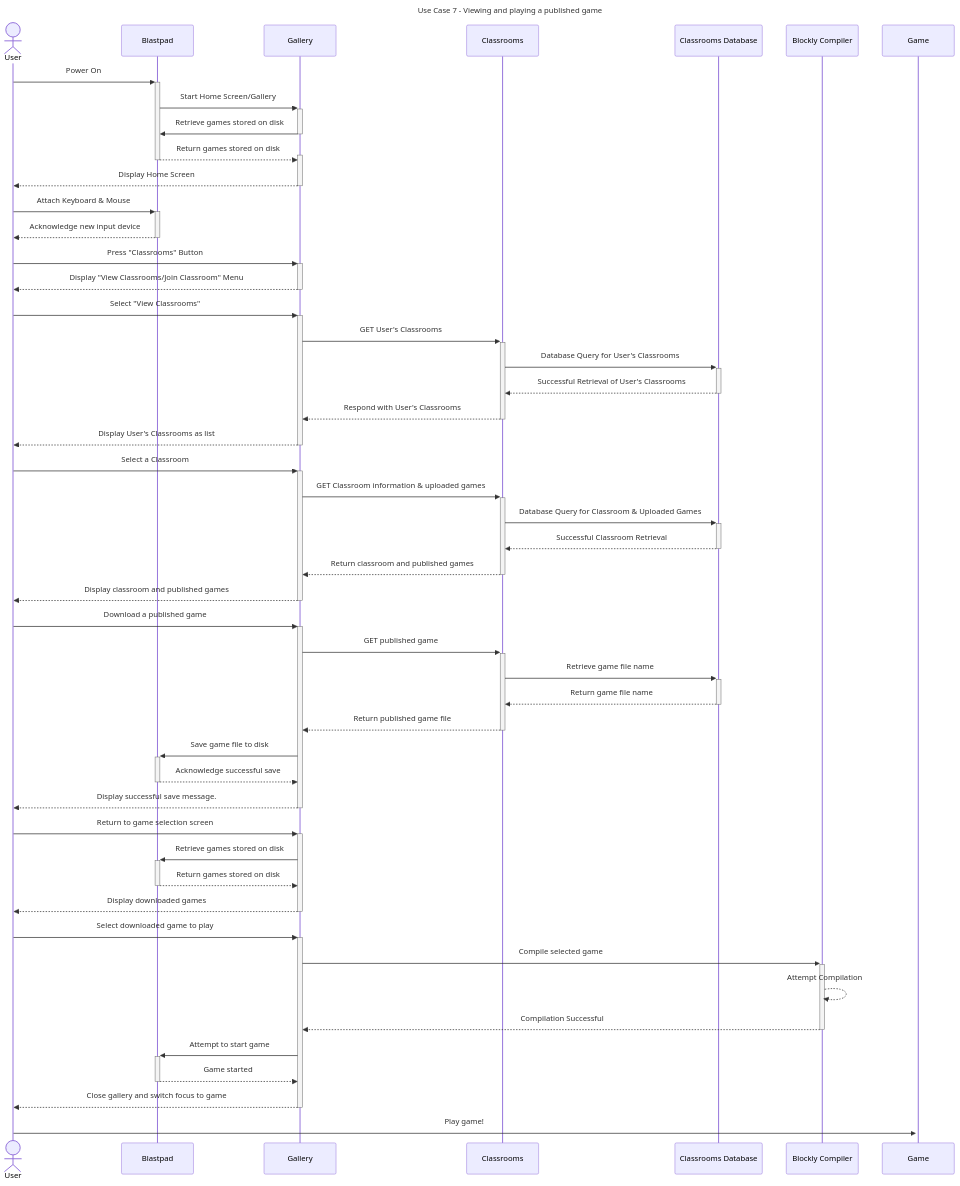
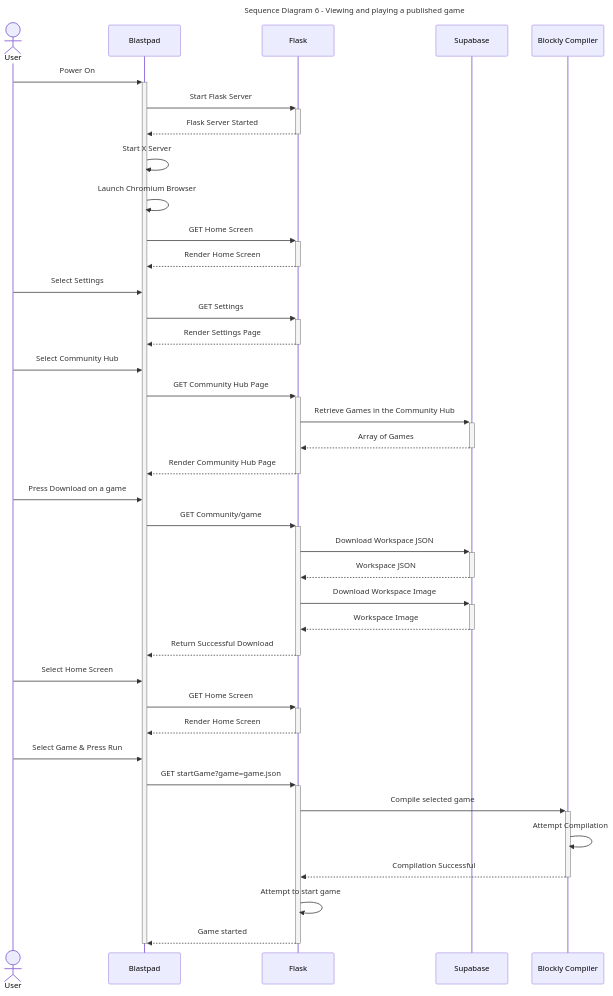
One commit to Capstone-Projects-2024-Spring/project-blastpad changed the eighth of 11 diagrams in documentation/docs/requirements/use-case-descriptions.md. Above: the diagram before and after it, drawn with Mermaid. The commit also changed other lines of this file and 3 other files, not shown here.

Commit message:
Use Case Seq Diagrams

````diff
--- a/documentation/docs/requirements/use-case-descriptions.md
+++ b/documentation/docs/requirements/use-case-descriptions.md
@@ -257,58 +319,54 @@
 ```mermaid
 ---
-title: "Use Case 7 - Viewing and playing a published game"
+title: "Sequence Diagram 6 - Viewing and playing a published game"
 ---
-
 sequenceDiagram
 actor User
 User->>+Blastpad: Power On
-Blastpad->>+Gallery: Start Home Screen/Gallery
-Gallery->>-Blastpad: Retrieve games stored on disk
-Blastpad-->>+Gallery: Return games stored on disk
-deactivate Blastpad	
-Gallery-->>-User: Display Home Screen
-
-User->>+Blastpad: Attach Keyboard & Mouse
-Blastpad-->>-User: Acknowledge new input device
-
-User->>+Gallery: Press "Classrooms" Button
-Gallery-->>-User: Display "View Classrooms/Join Classroom" Menu
-User->>+Gallery: Select "View Classrooms"
-Gallery->>+Classrooms: GET User's Classrooms
-Classrooms->>+Classrooms Database: Database Query for User's Classrooms
-Classrooms Database-->>-Classrooms: Successful Retrieval of User's Classrooms
-Classrooms-->>-Gallery: Respond with User's Classrooms
-Gallery-->>-User: Display User's Classrooms as list
-
-User->>+Gallery: Select a Classroom
-Gallery->>+Classrooms: GET Classroom information & uploaded games
-Classrooms->>+Classrooms Database: Database Query for Classroom & Uploaded Games
-Classrooms Database-->>-Classrooms: Successful Classroom Retrieval
-Classrooms-->>-Gallery: Return classroom and published games
-Gallery-->>-User: Display classroom and published games
-
-User->>+Gallery: Download a published game
-Gallery->>+Classrooms: GET published game
-Classrooms->>+Classrooms Database: Retrieve game file name
-Classrooms Database-->>-Classrooms: Return game file name
-Classrooms-->>-Gallery: Return published game file
-Gallery->>+Blastpad: Save game file to disk
-Blastpad-->>-Gallery: Acknowledge successful save
-Gallery-->>-User: Display successful save message.
+Blastpad->>+Flask: Start Flask Server
+Flask-->>-Blastpad: Flask Server Started
+Blastpad->>Blastpad: Start X Server
+Blastpad->>Blastpad: Launch Chromium Browser
 
 
-User->>+Gallery: Return to game selection screen
-Gallery->>+Blastpad: Retrieve games stored on disk
-Blastpad-->>-Gallery: Return games stored on disk
-Gallery-->>-User: Display downloaded games
+Blastpad->>+Flask: GET Home Screen
+Flask-->>-Blastpad: Render Home Screen
 
-User->>+Gallery: Select downloaded game to play
-Gallery->>+Blockly Compiler: Compile selected game
-Blockly Compiler-->>Blockly Compiler: Attempt Compilation
-Blockly Compiler-->>-Gallery: Compilation Successful
-Gallery->>+Blastpad: Attempt to start game
-Blastpad-->>-Gallery: Game started
-Gallery-->>-User: Close gallery and switch focus to game
-User->>+Game: Play game!
+User->>Blastpad: Select Settings
+Blastpad->>+Flask: GET Settings
+Flask-->>-Blastpad: Render Settings Page
+
+User->>Blastpad: Select Community Hub
+Blastpad->>+Flask: GET Community Hub Page
+Flask->>+Supabase: Retrieve Games in the Community Hub
+Supabase-->>-Flask: Array of Games
+Flask-->>-Blastpad: Render Community Hub Page
+
+
+User->>Blastpad: Press Download on a game
+Blastpad->>+Flask: GET Community/game
+Flask->>+Supabase: Download Workspace JSON
+Supabase-->>-Flask: Workspace JSON
+Flask->>+Supabase: Download Workspace Image
+Supabase-->>-Flask: Workspace Image
+Flask-->>-Blastpad: Return Successful Download
+
+
+User->>Blastpad: Select Home Screen
+Blastpad->>+Flask: GET Home Screen
+Flask-->>-Blastpad: Render Home Screen
+
+
+User->>Blastpad: Select Game & Press Run
+Blastpad->>+Flask: GET startGame?game=game.json
+Flask->>+Blockly Compiler: Compile selected game
+Blockly Compiler->>Blockly Compiler: Attempt Compilation
+Blockly Compiler-->>-Flask: Compilation Successful
+Flask->>Flask: Attempt to start game
+Flask-->>-Blastpad: Game started
+
+
+
+deactivate Blastpad
 
 ```
````
